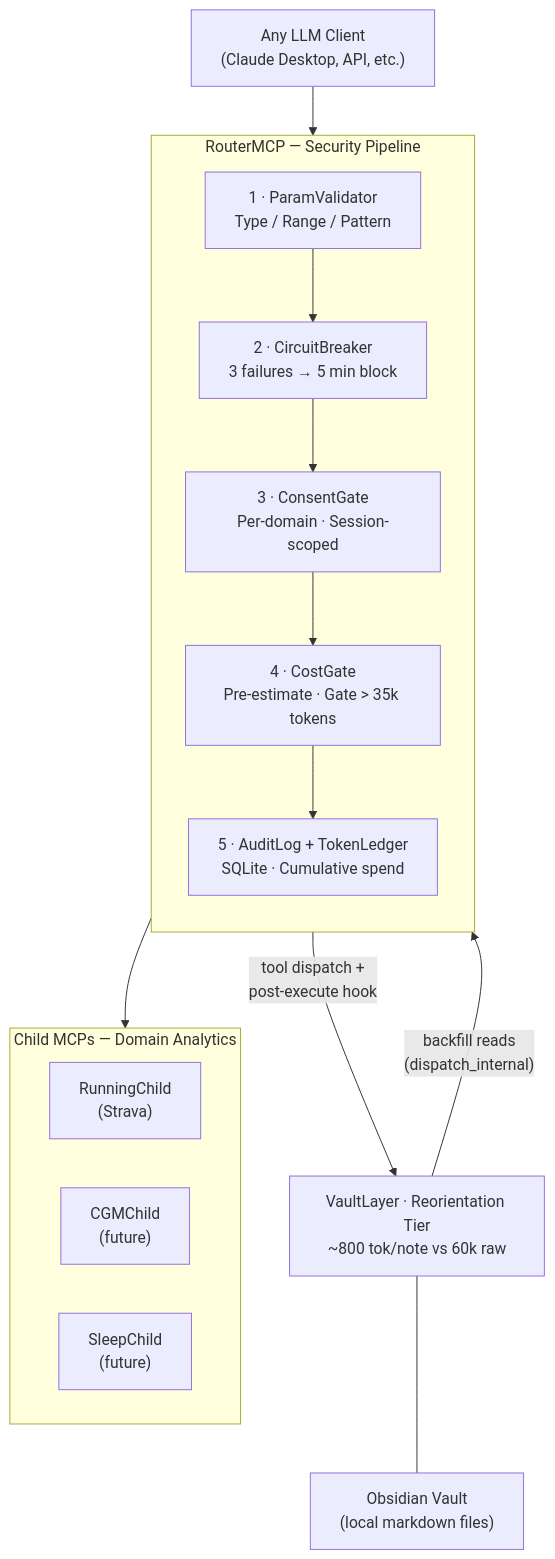
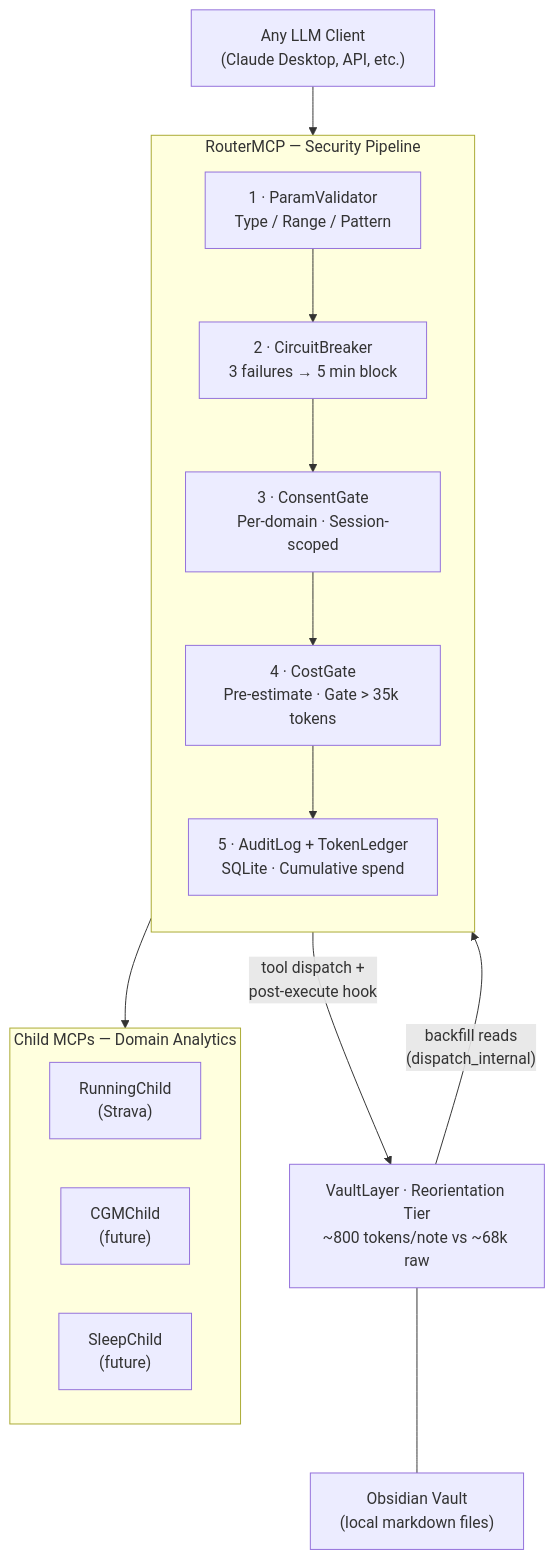
One commit to saahasmuthineni/tailor-mcp changed the fifth of 5 diagrams in README.md. Above: the diagram before and after it, drawn with Mermaid. The commit also changed other lines of this file and 1 other file, not shown here.

````diff
--- a/README.md
+++ b/README.md
@@ -431,27 +431,27 @@
 ```mermaid
 flowchart TD
     Client["Any LLM Client\n(Claude Desktop, API, etc.)"]
     Client --> Router
 
     subgraph Router["RouterMCP — Security Pipeline"]
         direction TB
         L1["1 · ParamValidator\nType / Range / Pattern"] --> L2["2 · CircuitBreaker\n3 failures → 5 min block"]
         L2 --> L3["3 · ConsentGate\nPer-domain · Session-scoped"]
         L3 --> L4["4 · CostGate\nPre-estimate · Gate > 35k tokens"]
         L4 --> L5["5 · AuditLog + TokenLedger\nSQLite · Cumulative spend"]
     end
 
     Router --> Children
     Router -->|"tool dispatch +\npost-execute hook"| Vault
 
     subgraph Children["Child MCPs — Domain Analytics"]
         Running["RunningChild\n(Strava)"]
         CGM["CGMChild\n(future)"]
         Sleep["SleepChild\n(future)"]
     end
 
-    Vault["VaultLayer · Reorientation Tier\n~800 tok/note vs 60k raw"]
+    Vault["VaultLayer · Reorientation Tier\n~800 tokens/note vs ~68k raw"]
     Vault -->|"backfill reads\n(dispatch_internal)"| Router
 
     Vault --- Obsidian["Obsidian Vault\n(local markdown files)"]
 ```
````
